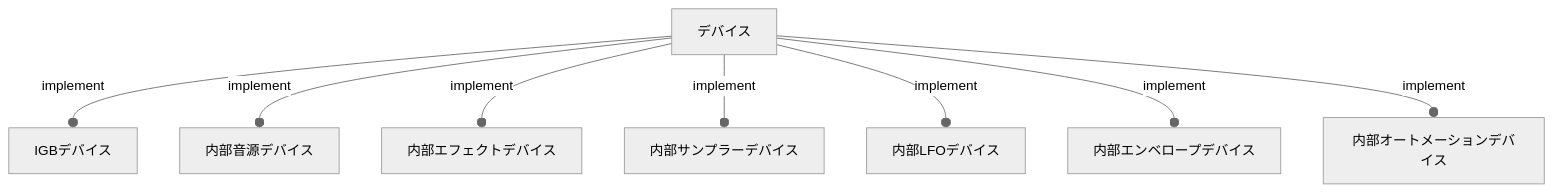
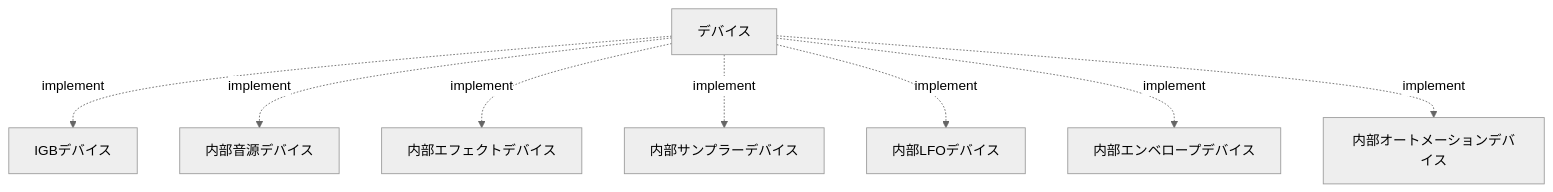
The third of 3 diagrams in devices/igb01/IGB01_spec.md (centrevillage/igb_spec), drawn with Mermaid (neutral theme) before and after one commit. The commit also changed other lines of this file, not shown here.

````diff
--- a/devices/igb01/IGB01_spec.md
+++ b/devices/igb01/IGB01_spec.md
@@ -114,10 +127,10 @@
 ```mermaid
 flowchart TB
-  Device["デバイス"] -- "implement" --o IGBDevice["IGBデバイス"]
-  Device -- "implement" --o InternalSynthDevice["内部音源デバイス"]
-  Device -- "implement" --o InternalFxDevice["内部エフェクトデバイス"]
-  Device -- "implement" --o InternalSamplerDevice["内部サンプラーデバイス"]
-  Device -- "implement" --o InternalLFODevice["内部LFOデバイス"]
-  Device -- "implement" --o InternalEnvDevice["内部エンベロープデバイス"]
-  Device -- "implement" --o InternalAutomationDevice["内部オートメーションデバイス"]
+  Device["デバイス"] -. "implement" .-> IGBDevice["IGBデバイス"]
+  Device -. "implement" .-> InternalSynthDevice["内部音源デバイス"]
+  Device -. "implement" .-> InternalFxDevice["内部エフェクトデバイス"]
+  Device -. "implement" .-> InternalSamplerDevice["内部サンプラーデバイス"]
+  Device -. "implement" .-> InternalLFODevice["内部LFOデバイス"]
+  Device -. "implement" .-> InternalEnvDevice["内部エンベロープデバイス"]
+  Device -. "implement" .-> InternalAutomationDevice["内部オートメーションデバイス"]
 ```
````
